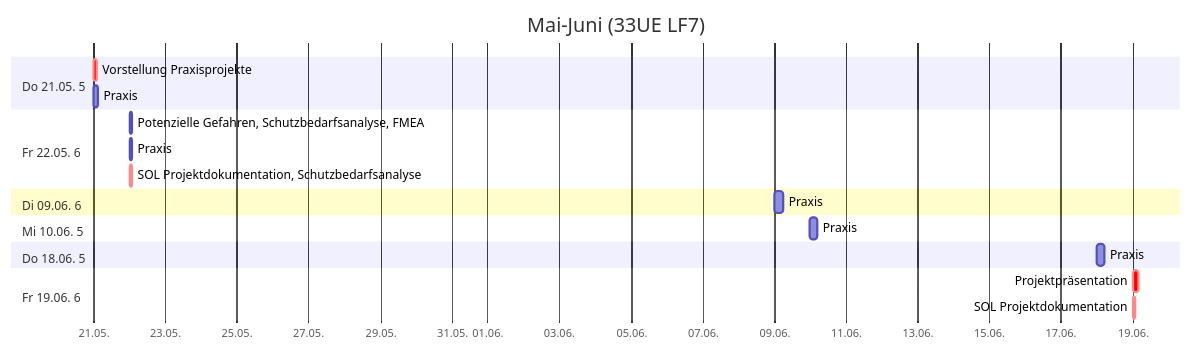
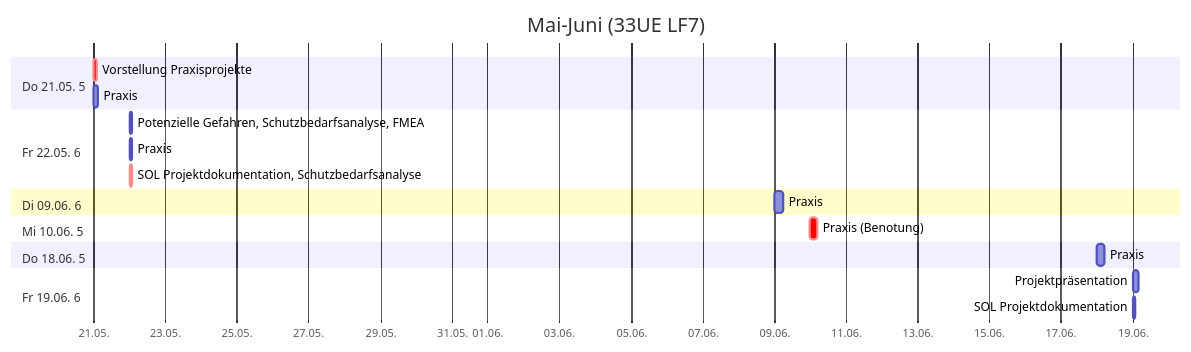
Before and after one commit to jonasnemeth/LF7: the sixth of 6 diagrams in src/plan.md, drawn with Mermaid. The commit also changed other lines of this file and 1 other file, not shown here.

````diff
--- a/src/plan.md
+++ b/src/plan.md
@@ -98,22 +99,22 @@
 ```mermaid
 gantt
  title Mai-Juni (33UE LF7)
  dateFormat YYYY-MM-DD
  axisFormat %d.%m.
  section Do 21.05. 5
   Vorstellung Praxisprojekte    :crit, 2026-05-21, 2h
   Praxis                        :2026-05-21, 3h
  section Fr 22.05. 6
   Potenzielle Gefahren, Schutzbedarfsanalyse, FMEA  :2026-05-22, 2h
   Praxis                        :2026-05-22, 2h
   SOL Projektdokumentation, Schutzbedarfsanalyse    :crit, 2026-05-22, 2h
  section Di 09.06. 6
   Praxis                        :2026-06-09, 6h
  section Mi 10.06. 5
-  Praxis                        :2026-06-10, 5h
+  Praxis (Benotung)             :crit, 2026-06-10, 5h
  section Do 18.06. 5
   Praxis                        :2026-06-18, 5h
  section Fr 19.06. 6
-  Projektpräsentation           :crit, 2026-06-19, 4h
-  SOL Projektdokumentation      :crit, 2026-06-19, 2h
+  Projektpräsentation           :2026-06-19, 4h
+  SOL Projektdokumentation      :2026-06-19, 2h
 ```
````
